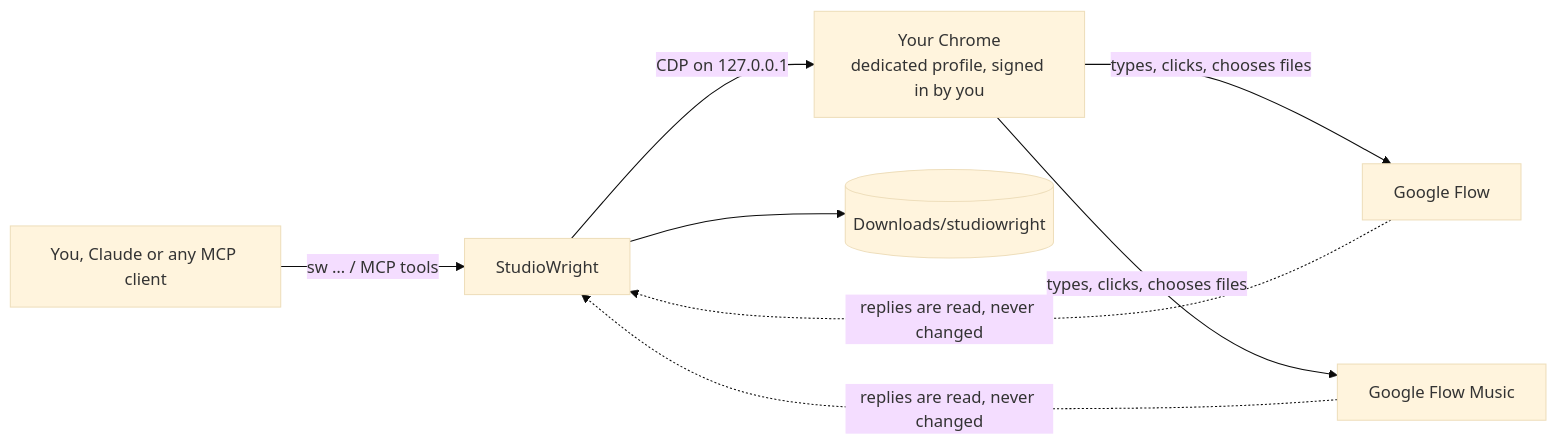
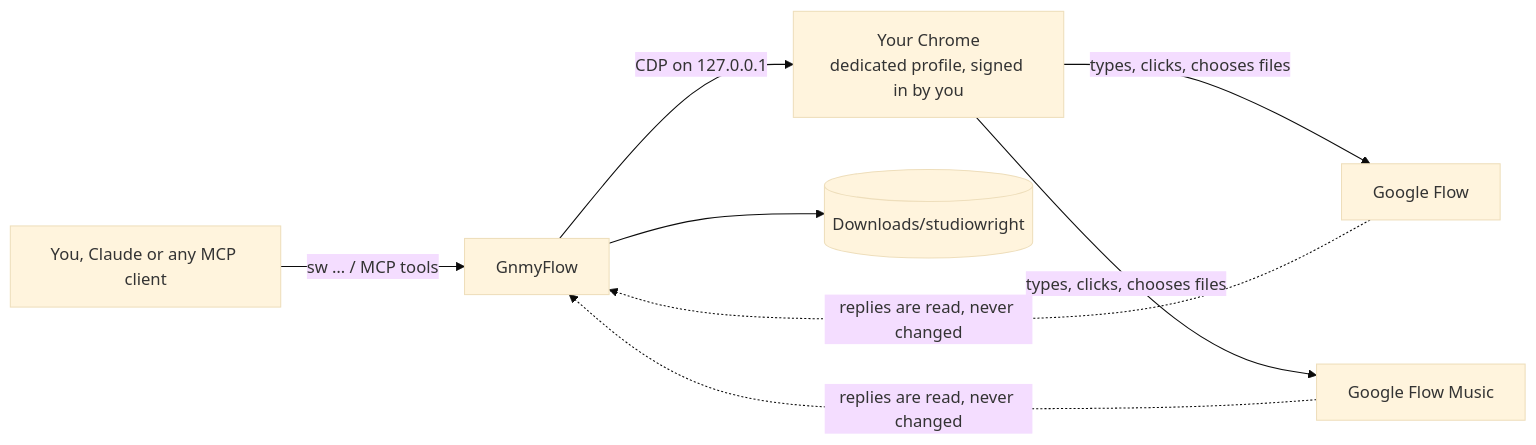
Before and after one commit to anggi-susanto/gnmyflow: the diagram in README.md, drawn with Mermaid (base theme). The commit also changed other lines of this file and 21 other files, not shown here.

````diff
--- a/README.md
+++ b/README.md
@@ -448,10 +455,10 @@
 ```mermaid
 flowchart LR
-    A["You, Claude or any MCP client"] -->|"sw … / MCP tools"| B["StudioWright"]
+    A["You, Claude or any MCP client"] -->|"sw … / MCP tools"| B["GnmyFlow"]
     B -->|"CDP on 127.0.0.1"| C["Your Chrome<br/>dedicated profile, signed in by you"]
     C -->|"types, clicks, chooses files"| D["Google Flow"]
     C -->|"types, clicks, chooses files"| E["Google Flow Music"]
     D -. "replies are read, never changed" .-> B
     E -. "replies are read, never changed" .-> B
     B --> F[("Downloads/studiowright")]
 ```
````
